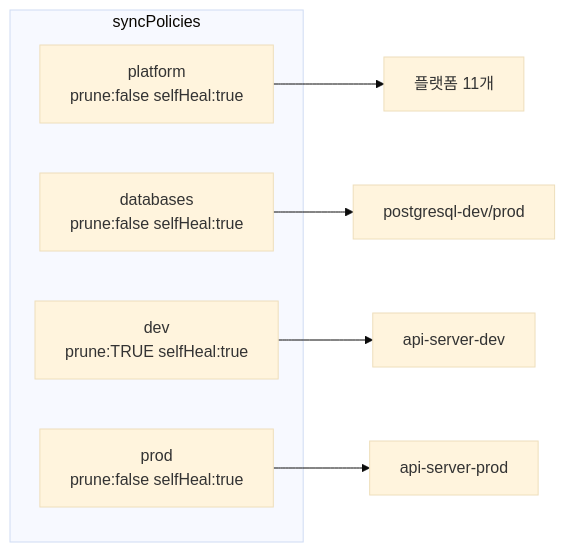
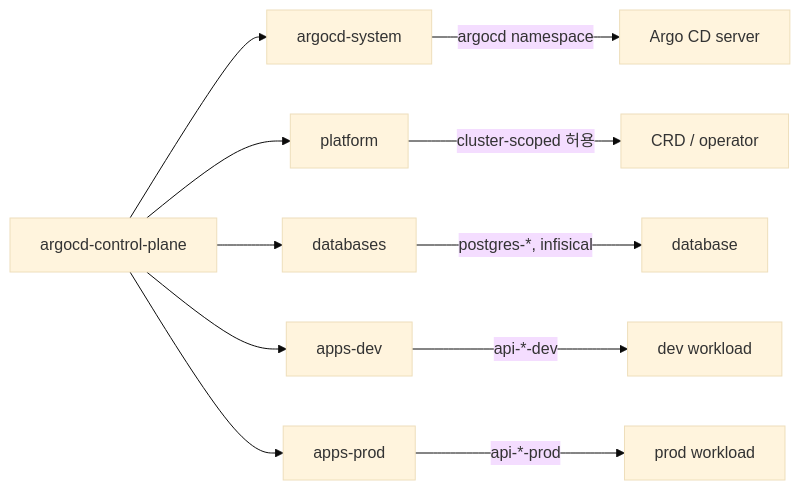
Before and after one commit to hweyoung/homelab: the second of 4 diagrams in docs/gitops-architecture.md, drawn with Mermaid (base theme). The commit also changed other lines of this file and 10 other files, not shown here.

````diff
--- a/docs/gitops-architecture.md
+++ b/docs/gitops-architecture.md
@@ -175,13 +57,13 @@
 ```mermaid
 flowchart LR
-    subgraph pol["syncPolicies"]
-        PL["platform<br/>prune:false selfHeal:true"]
-        DBP["databases<br/>prune:false selfHeal:true"]
-        DEV["dev<br/>prune:TRUE selfHeal:true"]
-        PROD["prod<br/>prune:false selfHeal:true"]
-    end
-    PL --> plat["플랫폼 11개"]
-    DBP --> db["postgresql-dev/prod"]
-    DEV --> ad["api-server-dev"]
-    PROD --> ap["api-server-prod"]
+    CP["argocd-control-plane"] --> P0["argocd-system"]
+    CP --> P1["platform"]
+    CP --> P2["databases"]
+    CP --> P3["apps-dev"]
+    CP --> P4["apps-prod"]
+    P1 -->|"cluster-scoped 허용"| PLATFORM["CRD / operator"]
+    P2 -->|"postgres-*, infisical"| DB["database"]
+    P3 -->|"api-*-dev"| DEV["dev workload"]
+    P4 -->|"api-*-prod"| PROD["prod workload"]
+    P0 -->|"argocd namespace"| SERVER["Argo CD server"]
 ```
````
